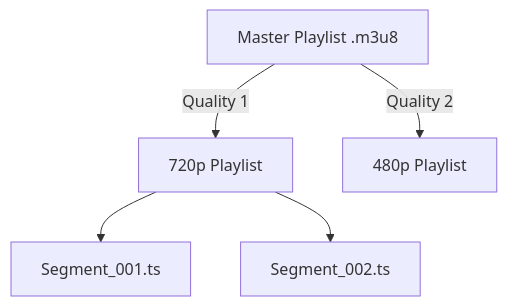
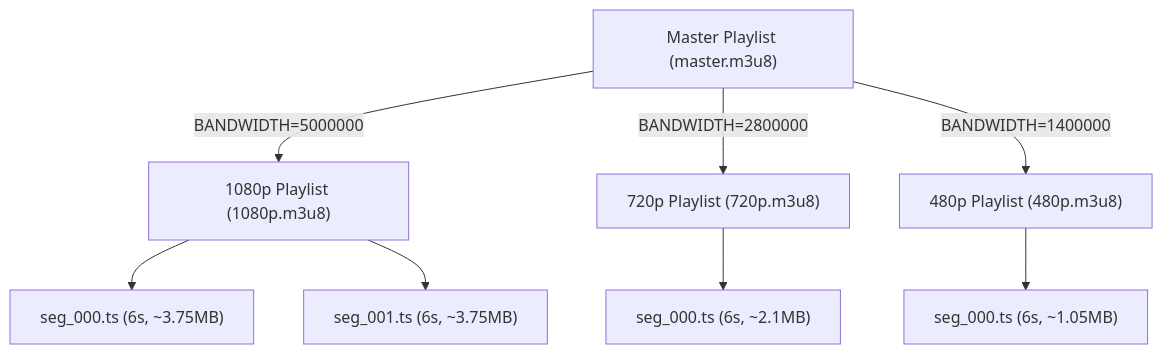
The diagram in projects/02-build-your-own-hls/README.md (Dannavv/VideoScale-Engineering-From-Monolith-to-Cloud-Native-Streaming), drawn with Mermaid before and after one commit. The commit also changed other lines of this file and 8 other files, not shown here.

````diff
--- a/projects/02-build-your-own-hls/README.md
+++ b/projects/02-build-your-own-hls/README.md
@@ -12,7 +12,10 @@
 ```mermaid
 graph TD
-    M[Master Playlist .m3u8] -->|Quality 1| P1[720p Playlist]
-    M -->|Quality 2| P2[480p Playlist]
-    P1 --> S1[Segment_001.ts]
-    P1 --> S2[Segment_002.ts]
+    M["Master Playlist (master.m3u8)"] -->|"BANDWIDTH=5000000"| P1["1080p Playlist (1080p.m3u8)"]
+    M -->|"BANDWIDTH=2800000"| P2["720p Playlist (720p.m3u8)"]
+    M -->|"BANDWIDTH=1400000"| P3["480p Playlist (480p.m3u8)"]
+    P1 --> S1["seg_000.ts (6s, ~3.75MB)"]
+    P1 --> S2["seg_001.ts (6s, ~3.75MB)"]
+    P2 --> S3["seg_000.ts (6s, ~2.1MB)"]
+    P3 --> S4["seg_000.ts (6s, ~1.05MB)"]
 ```
````
